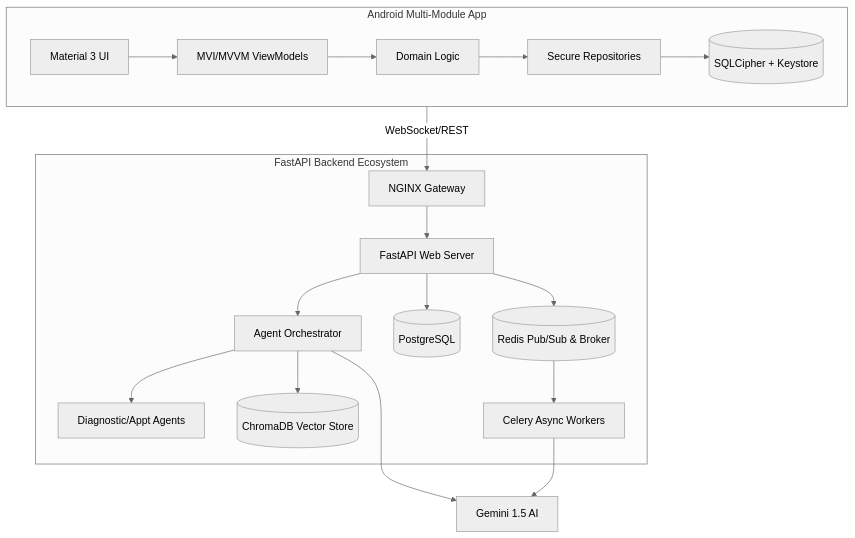
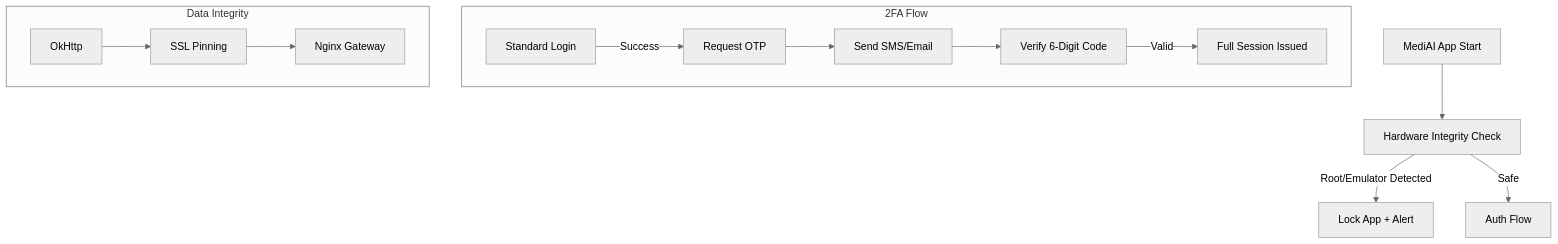
Before and after one commit to KotlinFiroj/Ai-HealthCare-App: the diagram in .artifacts/4dc8775b-7ddf-49a0-b4e6-8fda79cbdfec/implementation_plan.artifact.md, drawn with Mermaid (neutral theme). The commit also changed other lines of this file and 14 other files, not shown here.

Commit message:
Implement Phase 35: Advanced Identity, 2FA & Hardware Integrity; add OTP verification flow with UI and backend service; implement SSL pinning for enhanced network security; introduce hardware integrity checks for device safety.

````diff
--- a/.artifacts/4dc8775b-7ddf-49a0-b4e6-8fda79cbdfec/implementation_plan.artifact.md
+++ b/.artifacts/4dc8775b-7ddf-49a0-b4e6-8fda79cbdfec/implementation_plan.artifact.md
@@ -47,24 +50,18 @@
 ```mermaid
 graph TD
-    subgraph Mobile_App[Android Multi-Module App]
-        UI[Material 3 UI] --> VM[MVI/MVVM ViewModels]
-        VM --> UseCase[Domain Logic]
-        UseCase --> Repo[Secure Repositories]
-        Repo --> SQLCipher[(SQLCipher + Keystore)]
+    App[MediAI App Start] --> Integrity[Hardware Integrity Check]
+    Integrity -->|Root/Emulator Detected| Lock[Lock App + Alert]
+    Integrity -->|Safe| Auth[Auth Flow]
+
+    subgraph 2FA Flow
+        Login[Standard Login] -->|Success| OTP_Req[Request OTP]
+        OTP_Req --> Code[Send SMS/Email]
+        Code --> Verify[Verify 6-Digit Code]
+        Verify -->|Valid| Session[Full Session Issued]
     end
 
-    Mobile_App --WebSocket/REST--> Nginx[NGINX Gateway]
-
-    subgraph Backend_Cloud[FastAPI Backend Ecosystem]
-        Nginx --> API[FastAPI Web Server]
-        API --> Orchestrator[Agent Orchestrator]
-        Orchestrator --> Specialists[Diagnostic/Appt Agents]
-        API --> PG[(PostgreSQL)]
-        Orchestrator --> Chroma[(ChromaDB Vector Store)]
-        API --> Redis[(Redis Pub/Sub & Broker)]
-        Redis --> Worker[Celery Async Workers]
+    subgraph Data Integrity
+        Network[OkHttp] --> Pinning[SSL Pinning]
+        Pinning --> Gateway[Nginx Gateway]
     end
-
-    Worker --> Gemini[Gemini 1.5 AI]
-    Orchestrator --> Gemini
 ```
````
